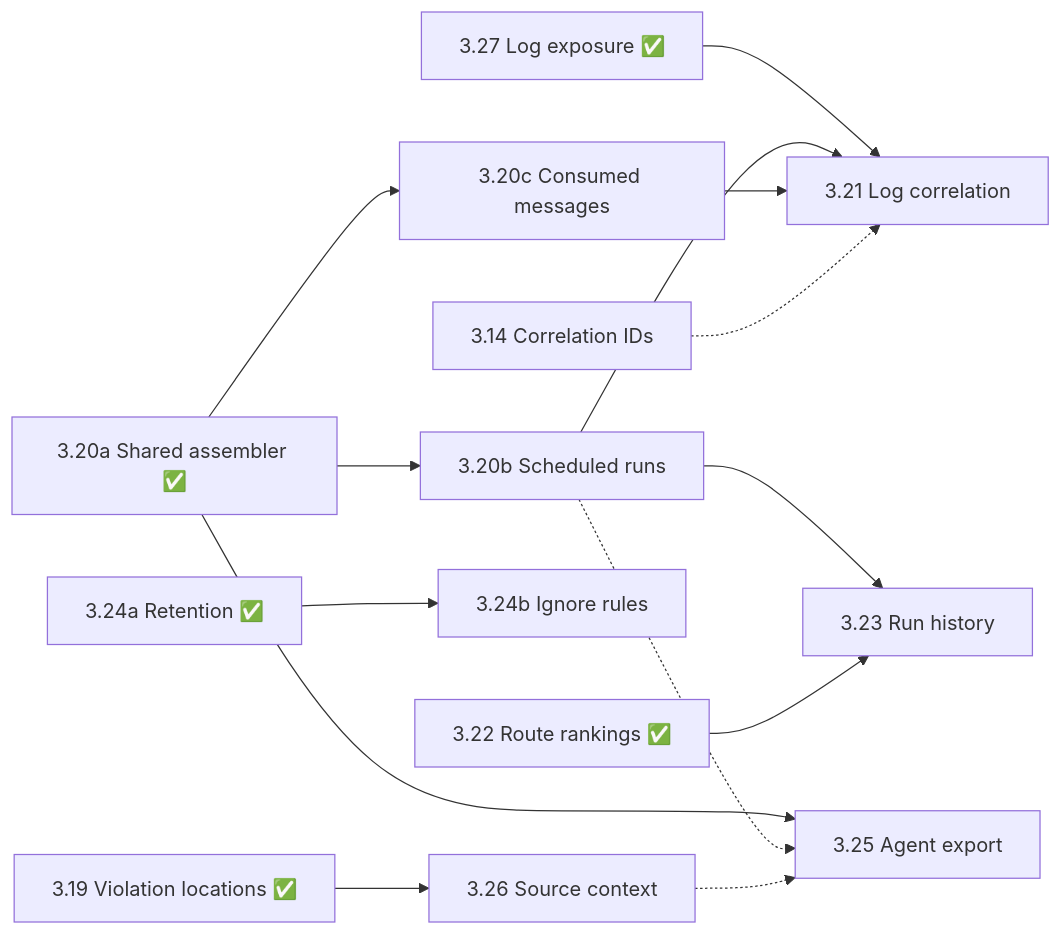
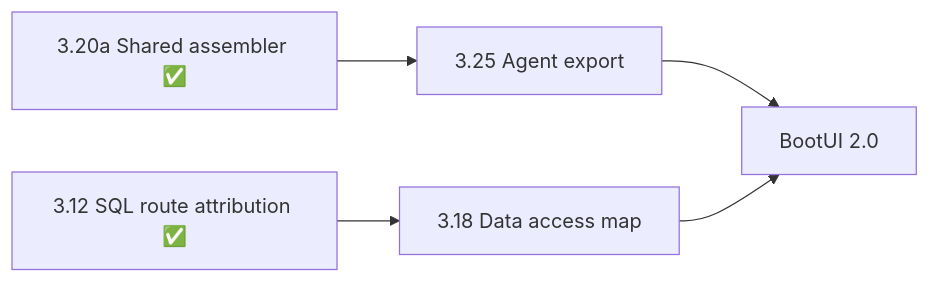
The diagram in docs/PLAN.md (jdubois/boot-ui), drawn with Mermaid before and after one commit. The commit also changed other lines of this file and 1 other file, not shown here.

````diff
--- a/docs/PLAN.md
+++ b/docs/PLAN.md
@@ -75,16 +62,7 @@
 ```mermaid
 graph LR
-  S27["3.27 Log exposure ✅"] --> S21["3.21 Log correlation"]
-  S20a["3.20a Shared assembler ✅"] --> S20b["3.20b Scheduled runs"]
-  S20a --> S20c["3.20c Consumed messages"]
-  S20a --> S25["3.25 Agent export"]
-  S20b --> S21
-  S20c --> S21
-  S20b --> S23["3.23 Run history"]
-  S22["3.22 Route rankings ✅"] --> S23
-  S24a["3.24a Retention ✅"] --> S24b["3.24b Ignore rules"]
-  S19["3.19 Violation locations ✅"] --> S26["3.26 Source context"]
-  S14["3.14 Correlation IDs"] -.-> S21
-  S20b -.-> S25
-  S26 -.-> S25
+  S20a["3.20a Shared assembler ✅"] --> S25["3.25 Agent export"]
+  S12["3.12 SQL route attribution ✅"] --> S18["3.18 Data access map"]
+  S25 --> V2["BootUI 2.0"]
+  S18 --> V2
 ```
````
